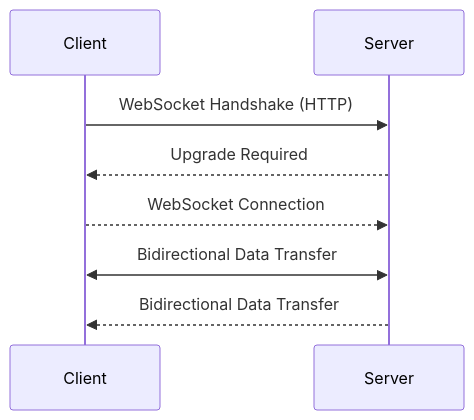
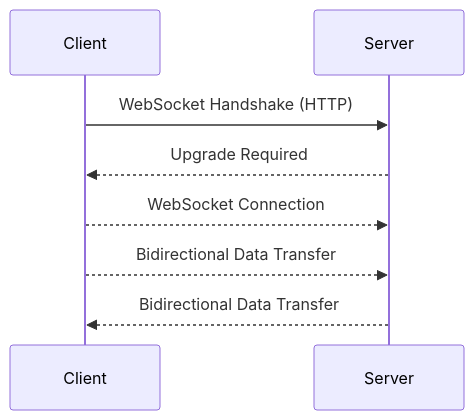
One commit to gitairman/websockets-article changed the first of 2 diagrams in README.md. Above: the diagram before and after it, drawn with Mermaid.

````diff
--- a/README.md
+++ b/README.md
@@ -7,11 +7,11 @@
 ```mermaid
 sequenceDiagram
     participant Client
     participant Server
 
     Client ->> Server: WebSocket Handshake (HTTP)
     Server -->> Client: Upgrade Required
     Client -->> Server: WebSocket Connection
-    Client <<->> Server: Bidirectional Data Transfer
+    Client -->> Server: Bidirectional Data Transfer
     Server -->> Client: Bidirectional Data Transfer
 ```
````
